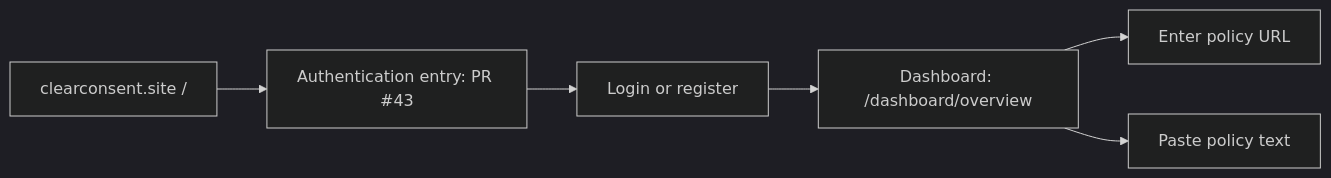
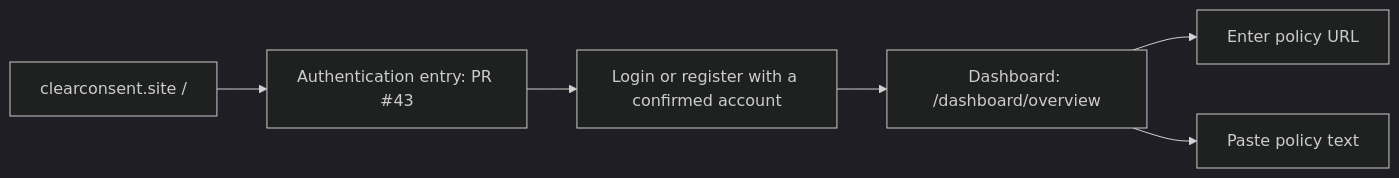
The second of 3 diagrams in docs/design/dashboard-navigation.md (UNLV-CS472-672/2026-F-GROUP2-ClearConsent), drawn with Mermaid (dark theme) before and after one commit. The commit also changed other lines of this file and 1 other file, not shown here.

````diff
--- a/docs/design/dashboard-navigation.md
+++ b/docs/design/dashboard-navigation.md
@@ -26,8 +27,8 @@
 ```mermaid
 flowchart LR
     Site["clearconsent.site /"] --> Auth["Authentication entry: PR #43"]
-    Auth --> Login["Login or register"]
+    Auth --> Login["Login or register with a confirmed account"]
     Login --> Dashboard["Dashboard: /dashboard/overview"]
     Dashboard --> URL["Enter policy URL"]
     Dashboard --> Text["Paste policy text"]
 ```
````
